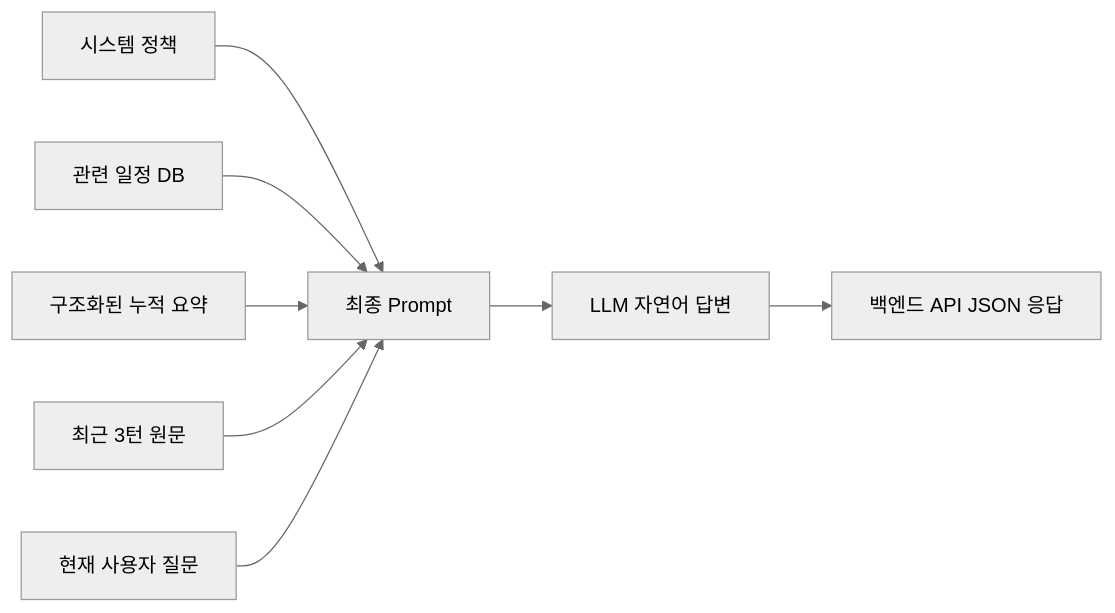
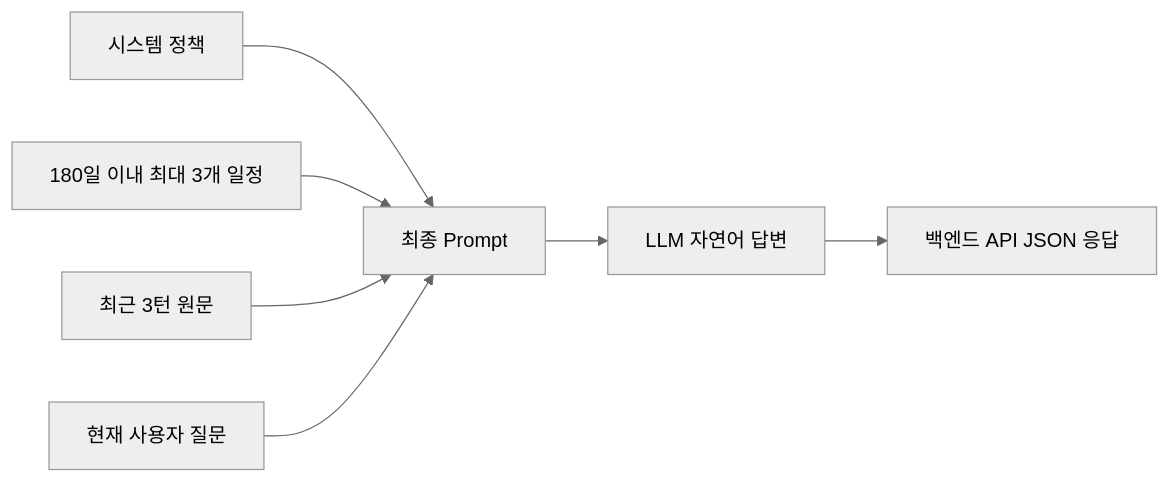
One commit to hellonaeunkim/plan-it changed the first of 2 diagrams in docs/ai-chatbot/design/prompt-context-response-design.md. Above: the diagram before and after it, drawn with Mermaid (neutral theme). The commit also changed other lines of this file and 2 other files, not shown here.

````diff
--- a/docs/ai-chatbot/design/prompt-context-response-design.md
+++ b/docs/ai-chatbot/design/prompt-context-response-design.md
@@ -79,10 +82,9 @@
 ```mermaid
 flowchart LR
     A["시스템 정책"] --> F["최종 Prompt"]
-    B["관련 일정 DB"] --> F
-    C["구조화된 누적 요약"] --> F
+    B["180일 이내 최대 3개 일정"] --> F
     D["최근 3턴 원문"] --> F
     E["현재 사용자 질문"] --> F
     F --> G["LLM 자연어 답변"]
     G --> H["백엔드 API JSON 응답"]
 ```
````
